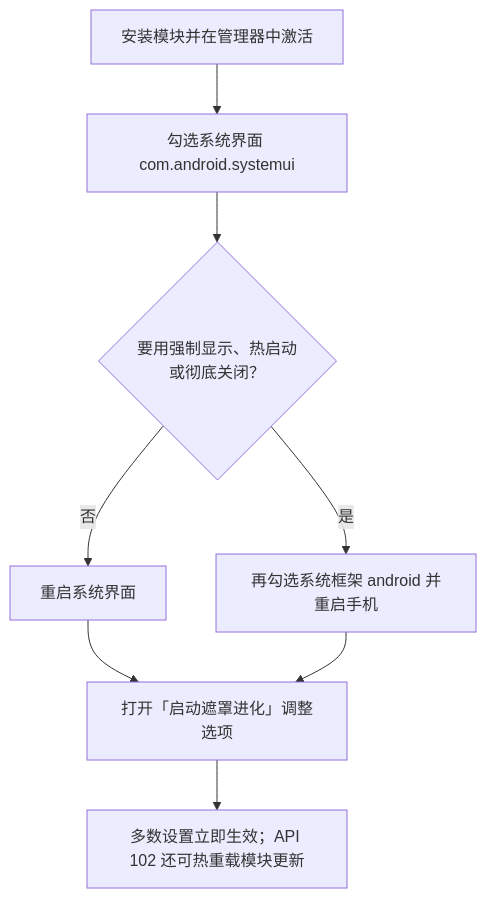
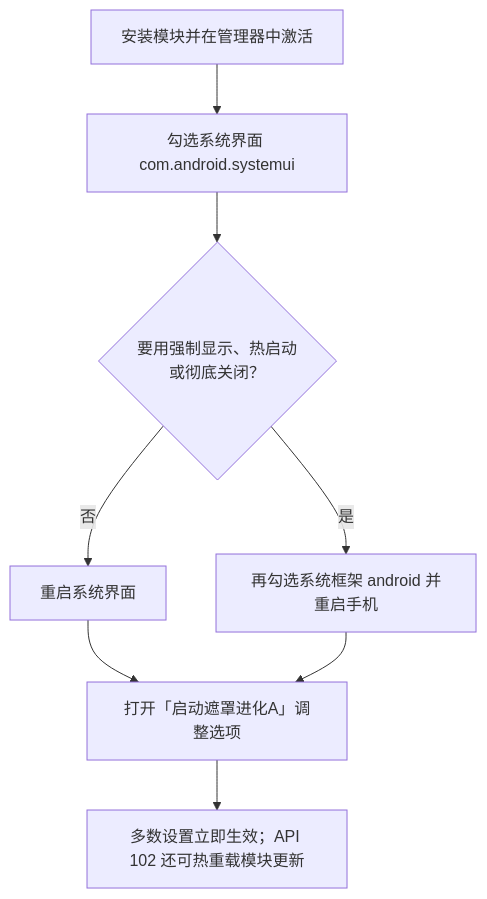
One commit to jichuo1/SplashScreenAdvanced changed the diagram in README.md. Above: the diagram before and after it, drawn with Mermaid. The commit also changed other lines of this file and 1 other file, not shown here.

Commit message:
改换名称

````diff
--- a/README.md
+++ b/README.md
@@ -100,10 +100,10 @@
 ```mermaid
 flowchart TD
   A[安装模块并在管理器中激活] --> B[勾选系统界面 com.android.systemui]
   B --> C{要用强制显示、热启动<br>或彻底关闭？}
   C -->|否| D[重启系统界面]
   C -->|是| E[再勾选系统框架 android 并重启手机]
-  D --> F[打开「启动遮罩进化」调整选项]
+  D --> F[打开「启动遮罩进化A」调整选项]
   E --> F
   F --> G[多数设置立即生效；API 102 还可热重载模块更新]
 ```
````
